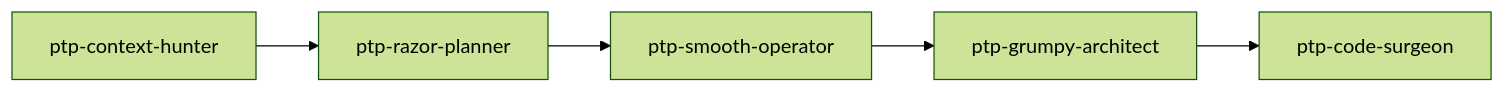
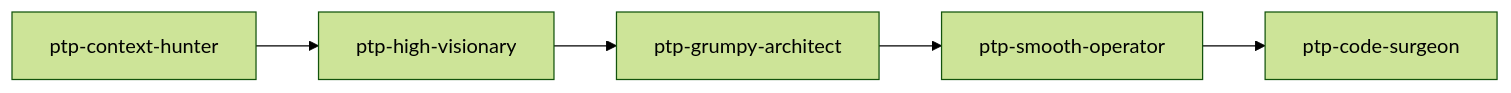
Before and after one commit to CMC-27/pass-the-parcel: the second of 3 diagrams in HOW-TO.md, drawn with Mermaid (forest theme). The commit also changed other lines of this file and 27 other files, not shown here.

First line of the commit message:
feat: overhaul parcel orchestration (High-Visionary, Spec Audit, revision loop, direct-to-disk) + enforce PREFIX-LOCKED cache

````diff
--- a/HOW-TO.md
+++ b/HOW-TO.md
@@ -39,7 +39,7 @@
 ```mermaid
 flowchart LR
-    S[ptp-context-hunter] --> P[ptp-razor-planner]
-    P --> PO[ptp-smooth-operator]
-    PO --> H[ptp-grumpy-architect]
-    H --> E[ptp-code-surgeon]
+    S[ptp-context-hunter] --> P[ptp-high-visionary]
+    P --> H[ptp-grumpy-architect]
+    H --> PO[ptp-smooth-operator]
+    PO --> E[ptp-code-surgeon]
 ```
````
